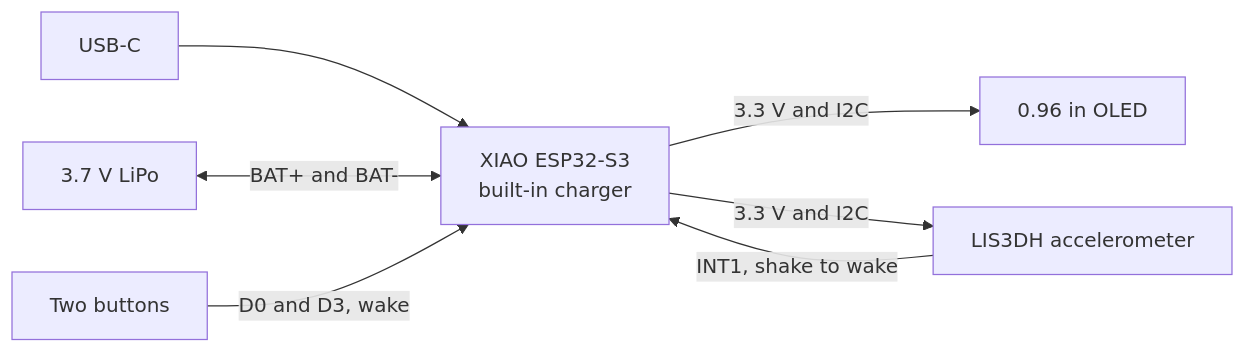
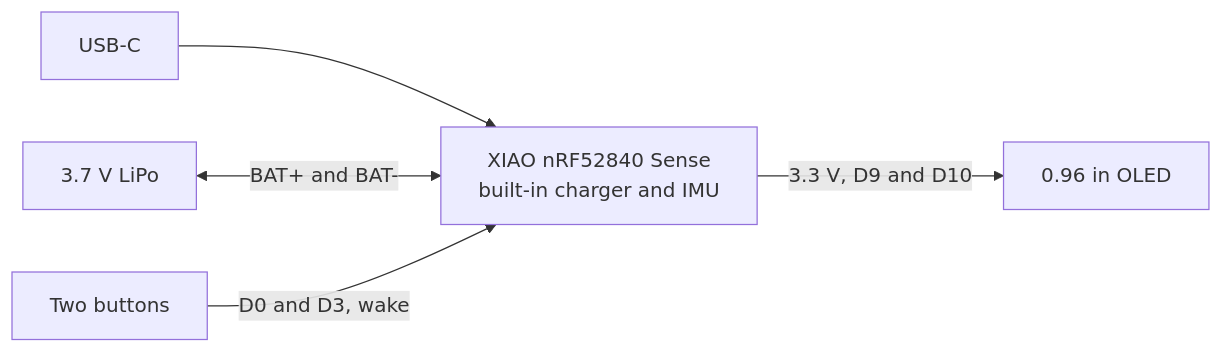
Before and after one commit to hronkrobotics/solareyes: the first of 5 diagrams in README.md, drawn with Mermaid. The commit also changed other lines of this file and 6 other files, not shown here.

First line of the commit message:
Port the firmware to the XIAO nRF52840 Sense

````diff
--- a/README.md
+++ b/README.md
@@ -29,9 +29,7 @@
 ```mermaid
 flowchart LR
-    USB["USB-C"] --> MCU["XIAO ESP32-S3<br/>built-in charger"]
+    USB["USB-C"] --> MCU["XIAO nRF52840 Sense<br/>built-in charger and IMU"]
     CELL["3.7 V LiPo"] <-->|"BAT+ and BAT-"| MCU
-    MCU -->|"3.3 V and I2C"| OLED["0.96 in OLED"]
-    MCU -->|"3.3 V and I2C"| ACC["LIS3DH accelerometer"]
-    ACC -->|"INT1, shake to wake"| MCU
+    MCU -->|"3.3 V, D9 and D10"| OLED["0.96 in OLED"]
     BTN["Two buttons"] -->|"D0 and D3, wake"| MCU
 ```
````
